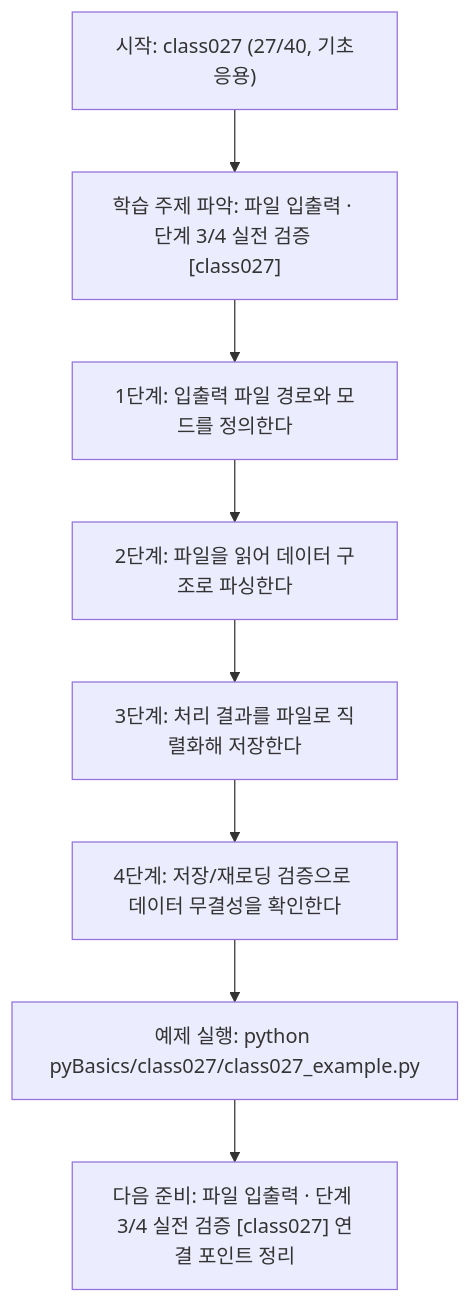
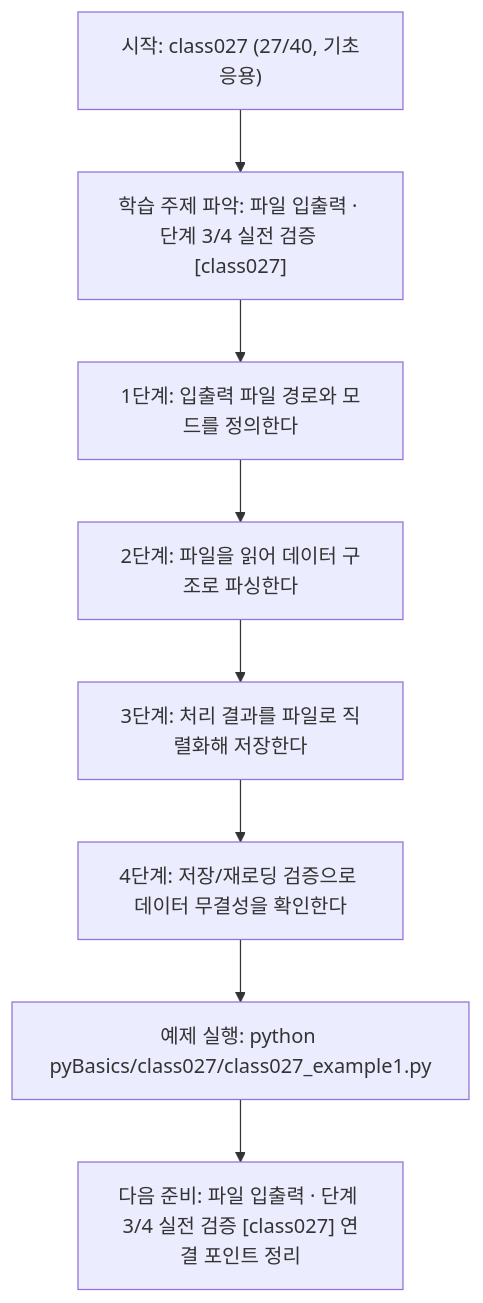
The diagram in pyBasics/class027/class027.md (edumgt/Python-AI_Agent-Class), drawn with Mermaid before and after one commit. The commit also changed other lines of this file and 2959 other files, not shown here.

````diff
--- a/pyBasics/class027/class027.md
+++ b/pyBasics/class027/class027.md
@@ -109,18 +109,18 @@
 ```mermaid
 flowchart TD
 N1["시작: class027 (27/40, 기초응용)"]
 N2["학습 주제 파악: 파일 입출력 · 단계 3/4 실전 검증 [class027]"]
 N3["1단계: 입출력 파일 경로와 모드를 정의한다"]
 N4["2단계: 파일을 읽어 데이터 구조로 파싱한다"]
 N5["3단계: 처리 결과를 파일로 직렬화해 저장한다"]
 N6["4단계: 저장/재로딩 검증으로 데이터 무결성을 확인한다"]
-N7["예제 실행: python pyBasics/class027/class027_example.py"]
+N7["예제 실행: python pyBasics/class027/class027_example1.py"]
 N8["다음 준비: 파일 입출력 · 단계 3/4 실전 검증 [class027] 연결 포인트 정리"]
 N1 --> N2
 N2 --> N3
 N3 --> N4
 N4 --> N5
 N5 --> N6
 N6 --> N7
 N7 --> N8
 ```
````
